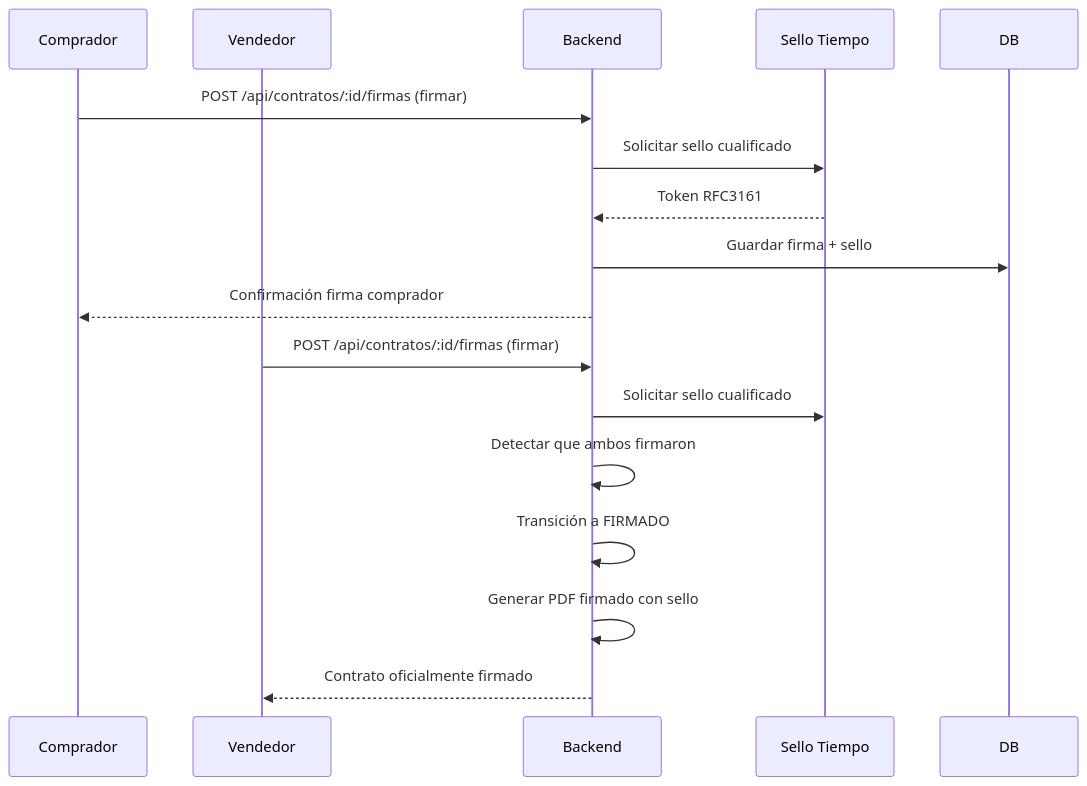
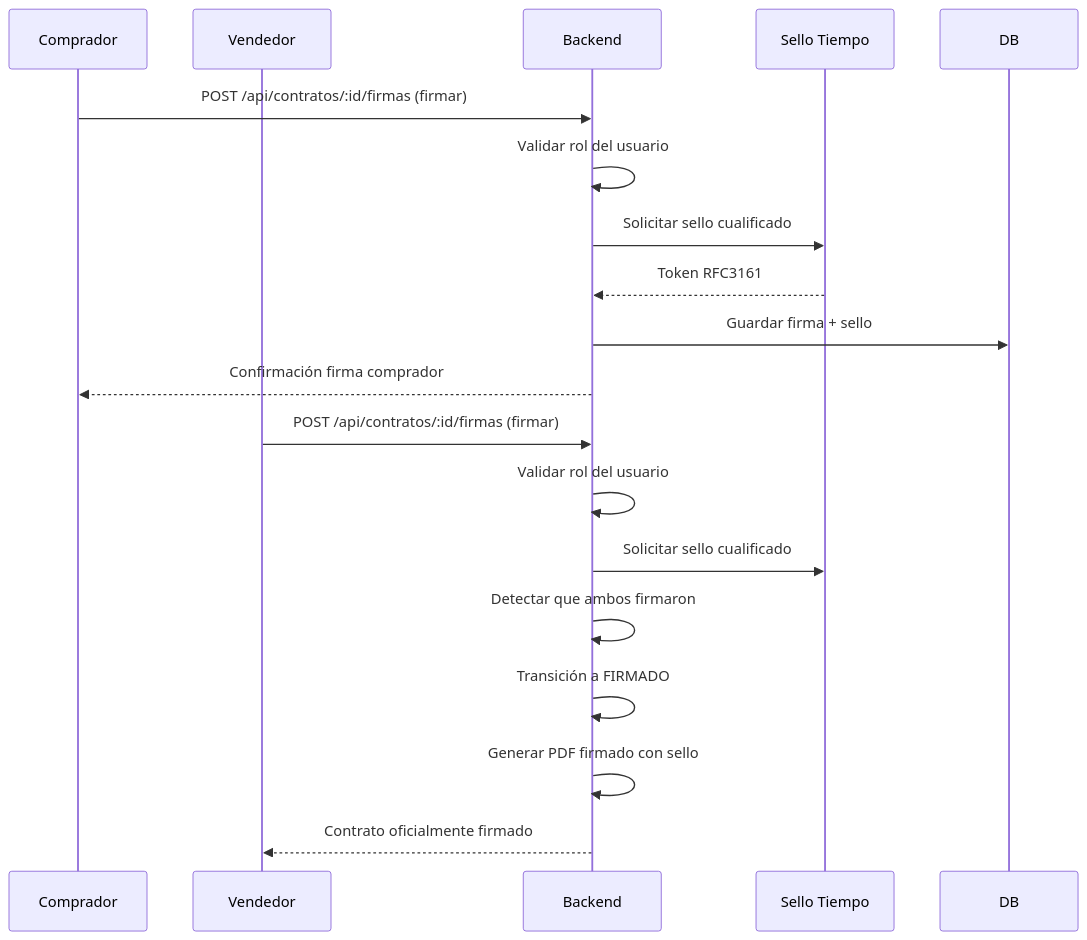
Before and after one commit to moimene/contratos-arras: the second of 8 diagrams in README.md, drawn with Mermaid. The commit also changed other lines of this file and 20 other files, not shown here.

````diff
--- a/README.md
+++ b/README.md
@@ -100,20 +104,22 @@
 ```mermaid
 sequenceDiagram
     participant C as Comprador
     participant V as Vendedor
     participant B as Backend
     participant QTSP as Sello Tiempo
 
     C->>B: POST /api/contratos/:id/firmas (firmar)
+    B->>B: Validar rol del usuario
     B->>QTSP: Solicitar sello cualificado
     QTSP-->>B: Token RFC3161
     B->>DB: Guardar firma + sello
     B-->>C: Confirmación firma comprador
 
     V->>B: POST /api/contratos/:id/firmas (firmar)
+    B->>B: Validar rol del usuario
     B->>QTSP: Solicitar sello cualificado
     B->>B: Detectar que ambos firmaron
     B->>B: Transición a FIRMADO
     B->>B: Generar PDF firmado con sello
     B-->>V: Contrato oficialmente firmado
 ```
````
